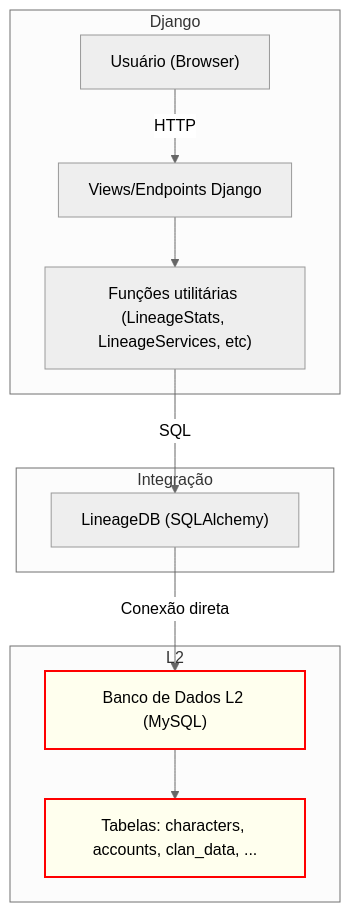
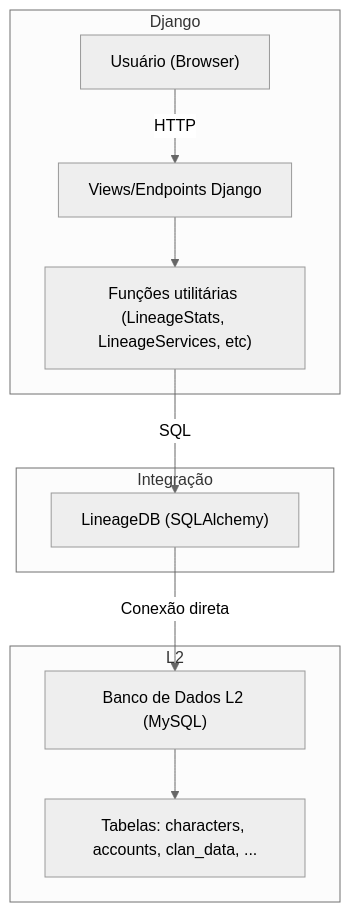
One commit to jacksonfelipe/lineage changed the diagram in docs/LINEAGE_SERVER_DIAGRAMA.md. Above: the diagram before and after it, drawn with Mermaid (neutral theme). The commit also changed 1 other file, not shown here.

Commit message:
ajuste cores

````diff
--- a/docs/LINEAGE_SERVER_DIAGRAMA.md
+++ b/docs/LINEAGE_SERVER_DIAGRAMA.md
@@ -5,24 +5,21 @@
 ```mermaid
 flowchart TD
     subgraph Django
         A["Usuário (Browser)"]
         B["Views/Endpoints Django"]
         C["Funções utilitárias (LineageStats, LineageServices, etc)"]
     end
     subgraph Integração
         D["LineageDB (SQLAlchemy)"]
     end
     subgraph L2
         E["Banco de Dados L2 (MySQL)"]
         F["Tabelas: characters, accounts, clan_data, ..."]
     end
 
     A -->|HTTP| B
     B --> C
     C -->|SQL| D
     D -->|Conexão direta| E
     E --> F
-
-    classDef db fill:#ffe,stroke:#f00,stroke-width:2px;
-    class E,F db;
 ```
````
